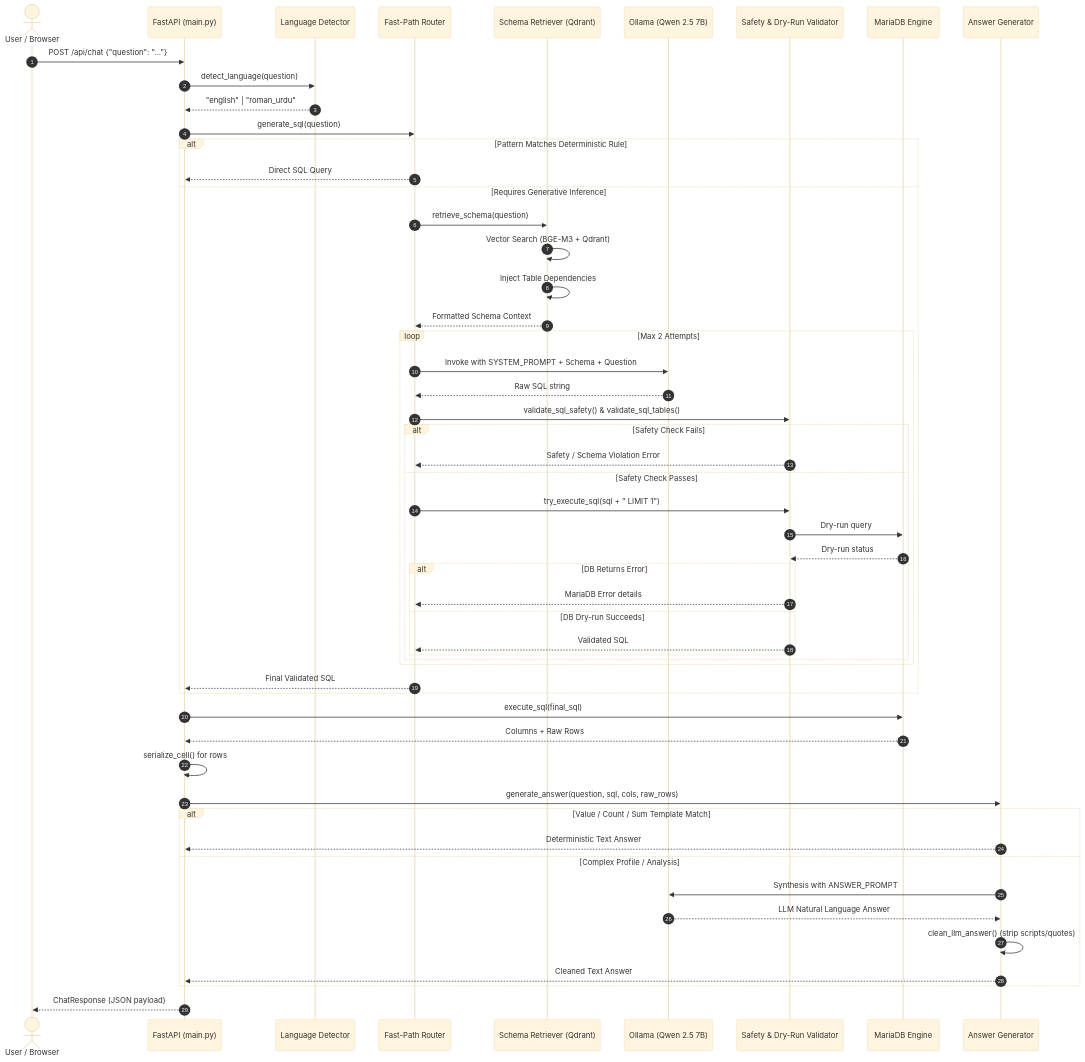
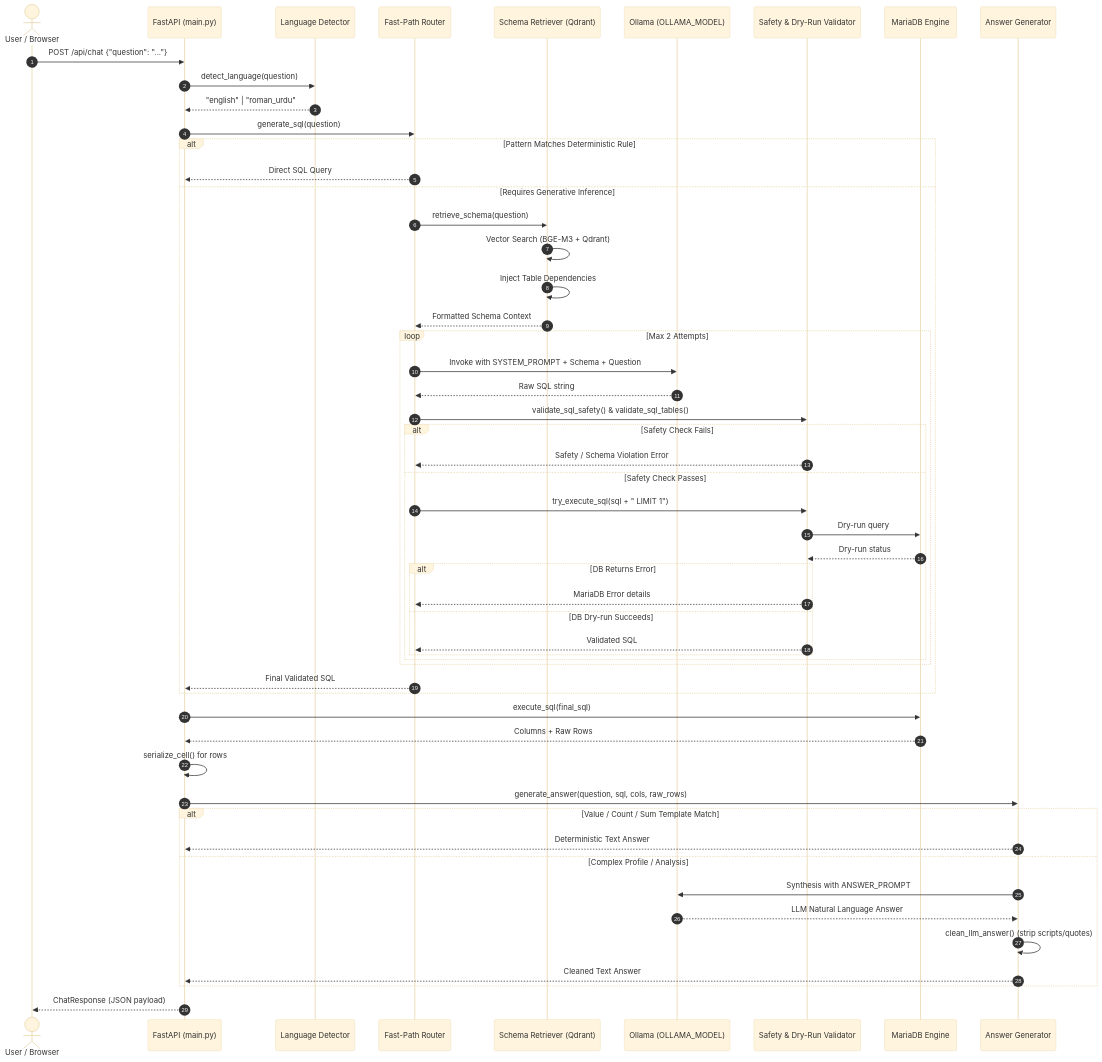
The diagram in BACKEND_PIPELINE.md (mujeebllc/cricket-rag-assistant), drawn with Mermaid (base theme) before and after one commit. The commit also changed other lines of this file and 34 other files, not shown here.

````diff
--- a/BACKEND_PIPELINE.md
+++ b/BACKEND_PIPELINE.md
@@ -9,62 +9,62 @@
 ```mermaid
 sequenceDiagram
     autonumber
     actor User as User / Browser
     participant API as FastAPI (main.py)
     participant Lang as Language Detector
     participant Router as Fast-Path Router
     participant RAG as Schema Retriever (Qdrant)
-    participant LLM as Ollama (Qwen 2.5 7B)
+    participant LLM as Ollama (OLLAMA_MODEL)
     participant Guard as Safety & Dry-Run Validator
     participant DB as MariaDB Engine
     participant AnsGen as Answer Generator
 
     User->>API: POST /api/chat {"question": "..."}
     API->>Lang: detect_language(question)
     Lang-->>API: "english" | "roman_urdu"
 
     API->>Router: generate_sql(question)
     alt Pattern Matches Deterministic Rule
         Router-->>API: Direct SQL Query
     else Requires Generative Inference
         Router->>RAG: retrieve_schema(question)
         RAG->>RAG: Vector Search (BGE-M3 + Qdrant)
         RAG->>RAG: Inject Table Dependencies
         RAG-->>Router: Formatted Schema Context
         
         loop Max 2 Attempts
             Router->>LLM: Invoke with SYSTEM_PROMPT + Schema + Question
             LLM-->>Router: Raw SQL string
             Router->>Guard: validate_sql_safety() & validate_sql_tables()
             alt Safety Check Fails
                 Guard-->>Router: Safety / Schema Violation Error
             else Safety Check Passes
                 Router->>Guard: try_execute_sql(sql + " LIMIT 1")
                 Guard->>DB: Dry-run query
                 DB-->>Guard: Dry-run status
                 alt DB Returns Error
                     Guard-->>Router: MariaDB Error details
                 else DB Dry-run Succeeds
                     Guard-->>Router: Validated SQL
                 end
             end
         end
         Router-->>API: Final Validated SQL
     end
 
     API->>DB: execute_sql(final_sql)
     DB-->>API: Columns + Raw Rows
     API->>API: serialize_cell() for rows
 
     API->>AnsGen: generate_answer(question, sql, cols, raw_rows)
     alt Value / Count / Sum Template Match
         AnsGen-->>API: Deterministic Text Answer
     else Complex Profile / Analysis
         AnsGen->>LLM: Synthesis with ANSWER_PROMPT
         LLM-->>AnsGen: LLM Natural Language Answer
         AnsGen->>AnsGen: clean_llm_answer() (strip scripts/quotes)
         AnsGen-->>API: Cleaned Text Answer
     end
 
     API-->>User: ChatResponse (JSON payload)
 ```
````
